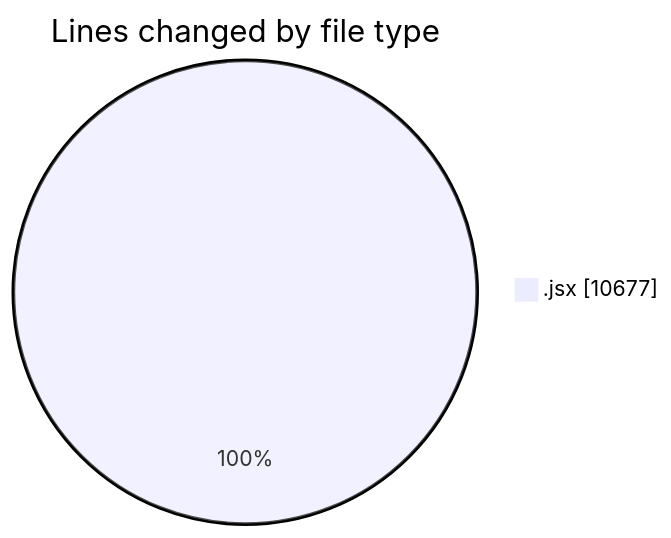
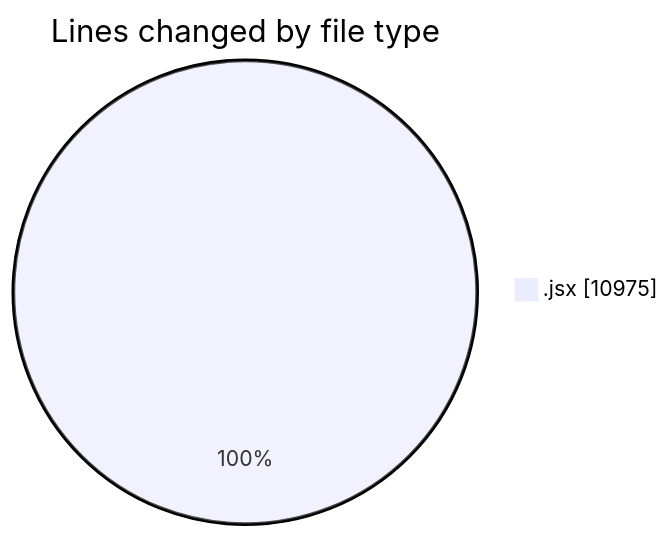
One commit to nxtqubesakshisongat/code-tracking changed the first of 2 diagrams in 2025-05-26/nxtqube_webapp/README.md. Above: the diagram before and after it, drawn with Mermaid. The commit also changed other lines of this file and 1 other file, not shown here.

````diff
--- a/2025-05-26/nxtqube_webapp/README.md
+++ b/2025-05-26/nxtqube_webapp/README.md
@@ -23,5 +23,5 @@
 ```mermaid
 pie showData
 title Lines changed by file type
-".jsx" : 10677
+".jsx" : 10975
 ```
````
